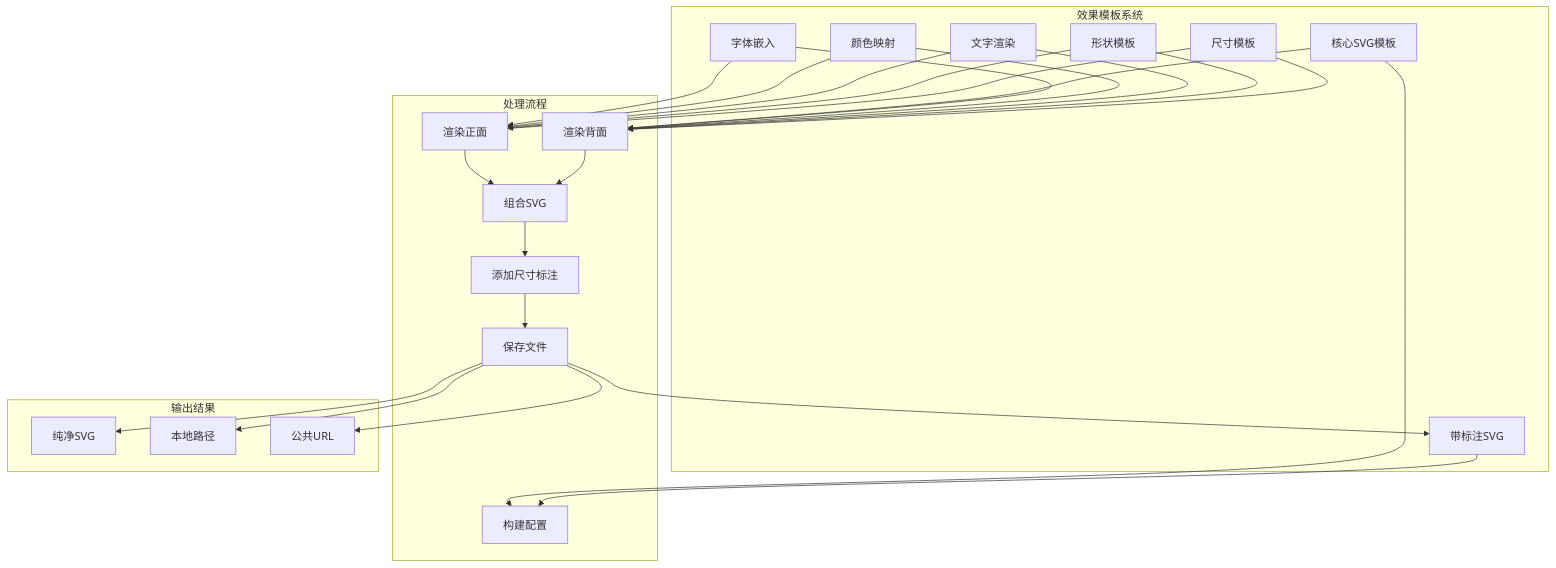
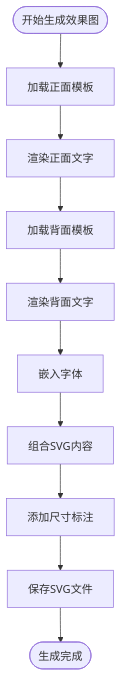
One commit to SY6621/POD-Order-Management changed the eighth of 16 diagrams in .qoder/repowiki/zh/content/开发指南/PDF生成系统.md. Above: the diagram before and after it, drawn with Mermaid. The commit also changed other lines of this file and 30 other files, not shown here.

````diff
--- a/.qoder/repowiki/zh/content/开发指南/PDF生成系统.md
+++ b/.qoder/repowiki/zh/content/开发指南/PDF生成系统.md
@@ -518,47 +491,12 @@
 ```mermaid
-graph TB
-subgraph "效果模板系统"
-CoreSVG[核心SVG模板]
-DimensionSVG[尺寸标注模板]
-FontEmbedding[字体嵌入]
-ColorMapping[颜色映射]
-TextRendering[文字渲染]
-ShapeTemplates[形状模板]
-SizeTemplates[尺寸模板]
-end
-subgraph "处理流程"
-BuildConfig[构建配置]
-RenderFront[渲染正面]
-RenderBack[渲染背面]
-CombineSVG[组合SVG]
-AddDimension[添加尺寸标注]
-SaveFile[保存文件]
-end
-subgraph "输出结果"
-PureSVG[纯净SVG]
-DimensionSVG[带标注SVG]
-LocalPath[本地路径]
-PublicURL[公共URL]
-end
-CoreSVG --> BuildConfig
-DimensionSVG --> BuildConfig
-FontEmbedding --> RenderFront
-ColorMapping --> RenderFront
-TextRendering --> RenderFront
-ShapeTemplates --> RenderFront
-SizeTemplates --> RenderFront
-CoreSVG --> RenderBack
-FontEmbedding --> RenderBack
-ColorMapping --> RenderBack
-TextRendering --> RenderBack
-ShapeTemplates --> RenderBack
-SizeTemplates --> RenderBack
-RenderFront --> CombineSVG
-RenderBack --> CombineSVG
-CombineSVG --> AddDimension
-AddDimension --> SaveFile
-SaveFile --> PureSVG
-SaveFile --> DimensionSVG
-SaveFile --> LocalPath
-SaveFile --> PublicURL
+flowchart TD
+Start([开始生成效果图]) --> LoadFrontTemplate[加载正面模板]
+LoadFrontTemplate --> RenderFront[渲染正面文字]
+RenderFront --> LoadBackTemplate[加载背面模板]
+LoadBackTemplate --> RenderBack[渲染背面文字]
+RenderBack --> EmbedFonts[嵌入字体]
+EmbedFonts --> CombineSVG[组合SVG内容]
+CombineSVG --> AddDimension[添加尺寸标注]
+AddDimension --> SaveSVG[保存SVG文件]
+SaveSVG --> End([生成完成])
 ```
````
